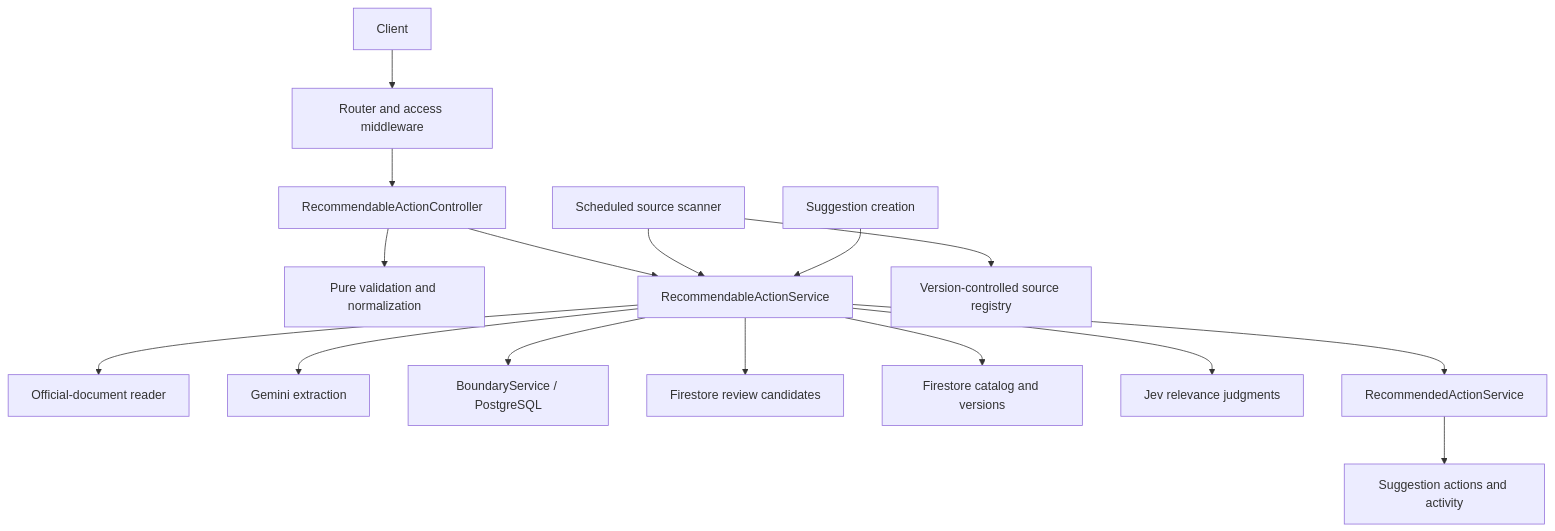
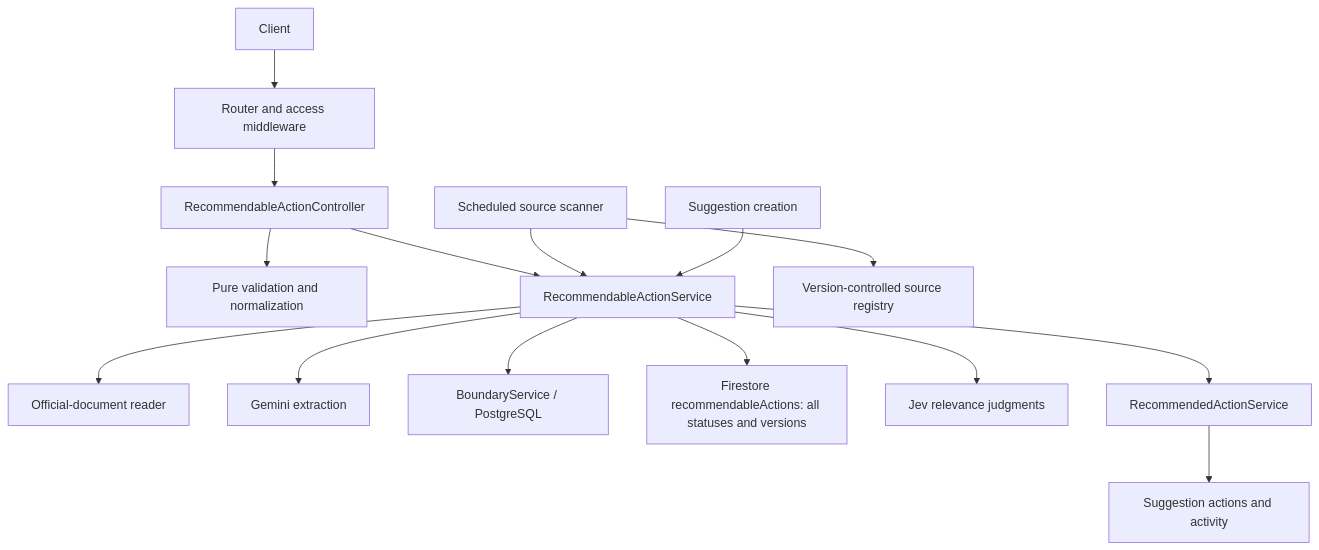
Before and after one commit to DallasUrbanists/cloud-api-server: the diagram in docs/recommendable-actions.md, drawn with Mermaid. The commit also changed other lines of this file and 300 other files, not shown here.

First line of the commit message:
Unify recommendable actions and add Dallas 311 matching

````diff
--- a/docs/recommendable-actions.md
+++ b/docs/recommendable-actions.md
@@ -13,18 +13,17 @@
 ```mermaid
 flowchart TD
     Client[Client] --> Routes[Router and access middleware]
     Routes --> Controller[RecommendableActionController]
     Controller --> Model[Pure validation and normalization]
     Controller --> Service[RecommendableActionService]
     Worker[Scheduled source scanner] --> Service
     Worker --> Registry[Version-controlled source registry]
     Service --> Reader[Official-document reader]
     Service --> Gemini[Gemini extraction]
     Service --> Boundaries[BoundaryService / PostgreSQL]
-    Service --> Review[Firestore review candidates]
-    Service --> Catalog[Firestore catalog and versions]
+    Service --> Catalog[Firestore recommendableActions: all statuses and versions]
     Suggestion[Suggestion creation] --> Service
     Service --> Jev[Jev relevance judgments]
     Service --> Actions[RecommendedActionService]
     Actions --> Linked[Suggestion actions and activity]
 ```
````
